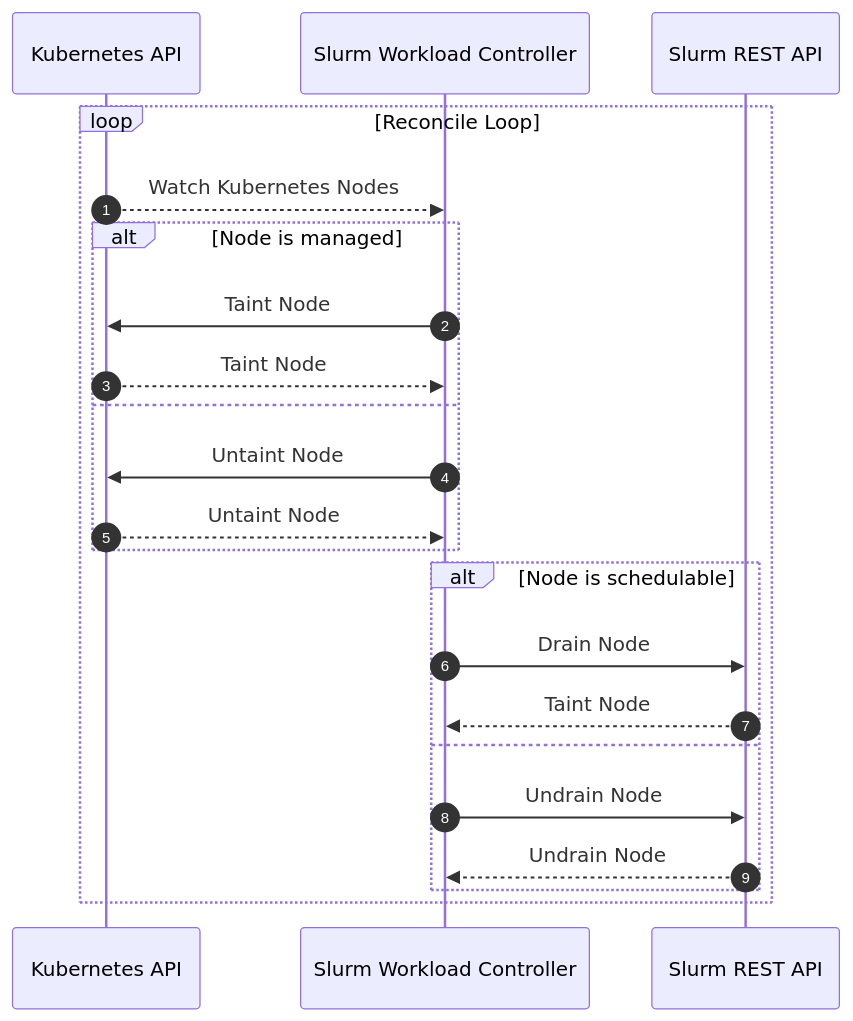
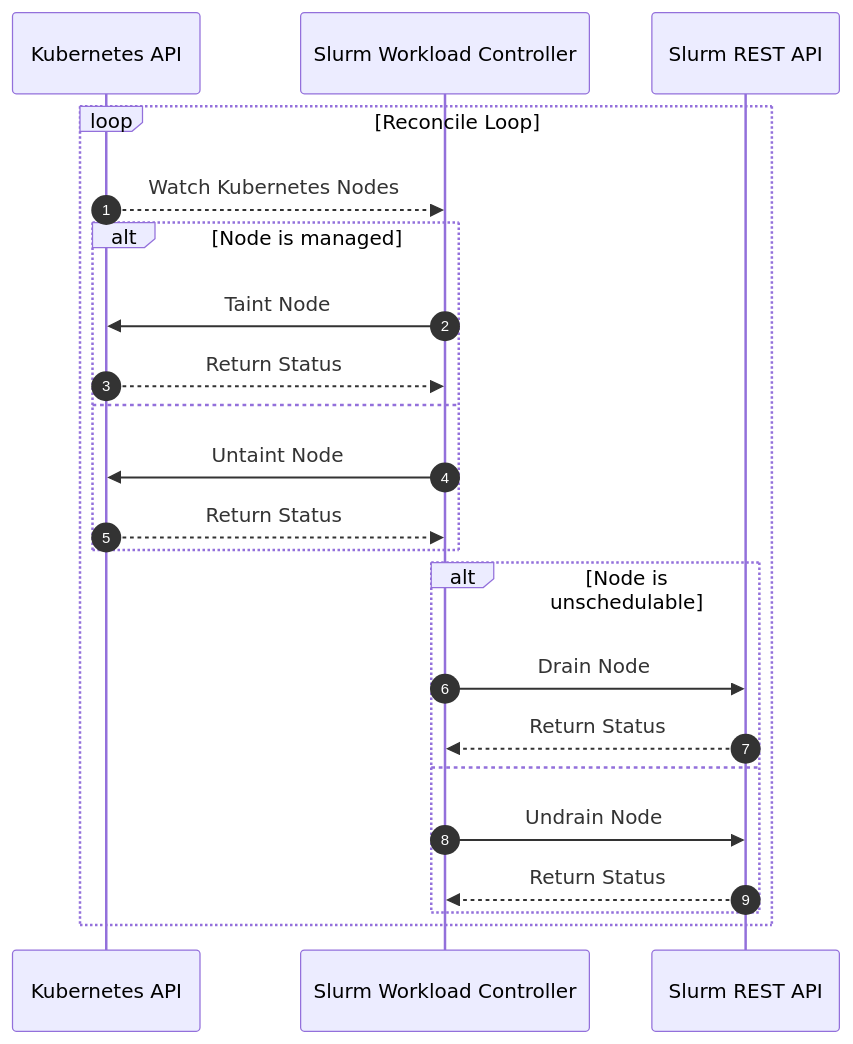
The first of 2 diagrams in docs/controllers.md (SlinkyProject/slurm-bridge), drawn with Mermaid before and after one commit. The commit also changed 8 other files, not shown here.

````diff
--- a/docs/controllers.md
+++ b/docs/controllers.md
@@ -85,29 +85,29 @@
 ```mermaid
 sequenceDiagram
   autonumber
 
   participant KAPI as Kubernetes API
   participant SWC as Slurm Workload Controller
   participant SAPI as Slurm REST API
 
   loop Reconcile Loop
     KAPI-->>SWC: Watch Kubernetes Nodes
 
     alt Node is managed
       SWC->>KAPI: Taint Node
-      KAPI-->>SWC: Taint Node
+      KAPI-->>SWC: Return Status
     else
       SWC->>KAPI: Untaint Node
-      KAPI-->>SWC: Untaint Node
+      KAPI-->>SWC: Return Status
     end %% alt Node is managed
 
-    alt Node is schedulable
+    alt Node is unschedulable
       SWC->>SAPI: Drain Node
-      SAPI-->>SWC: Taint Node
+      SAPI-->>SWC: Return Status
     else
       SWC->>SAPI: Undrain Node
-      SAPI-->>SWC: Undrain Node
-    end %% alt Node is schedulable
+      SAPI-->>SWC: Return Status
+    end %% alt Node is unschedulable
 
   end %% loop Reconcile Loop
 ```
````
